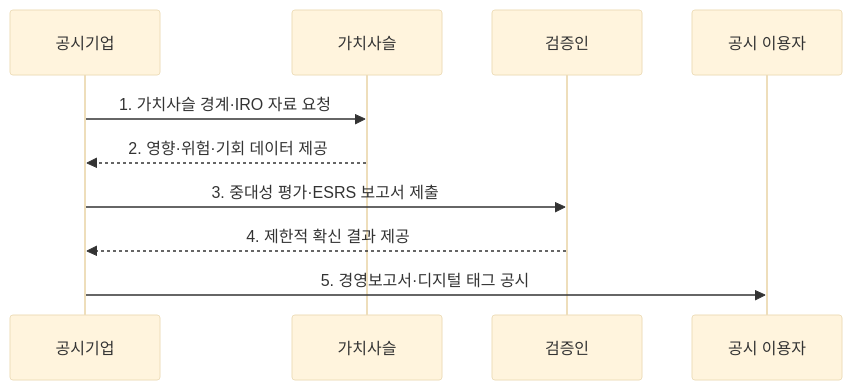
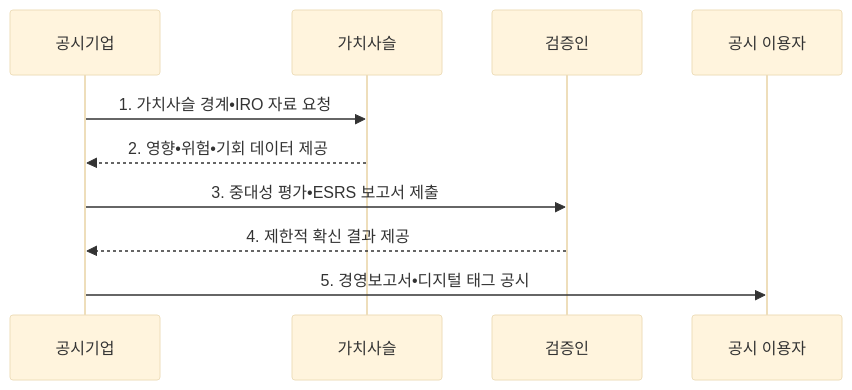
Before and after one commit to agnusdei1207/knowledge-base: the second of 2 diagrams in src/content/docs/notes/07-law-policy/036_eu_csrd.md, drawn with Mermaid (base theme). The commit also changed other lines of this file and 953 other files, not shown here.

````diff
--- a/src/content/docs/notes/07-law-policy/036_eu_csrd.md
+++ b/src/content/docs/notes/07-law-policy/036_eu_csrd.md
@@ -103,12 +103,12 @@
 ```mermaid
 sequenceDiagram
     participant E as 공시기업
     participant V as 가치사슬
     participant A as 검증인
     participant U as 공시 이용자
-    E->>V: 1. 가치사슬 경계·IRO 자료 요청
-    V-->>E: 2. 영향·위험·기회 데이터 제공
-    E->>A: 3. 중대성 평가·ESRS 보고서 제출
+    E->>V: 1. 가치사슬 경계•IRO 자료 요청
+    V-->>E: 2. 영향•위험•기회 데이터 제공
+    E->>A: 3. 중대성 평가•ESRS 보고서 제출
     A-->>E: 4. 제한적 확신 결과 제공
-    E->>U: 5. 경영보고서·디지털 태그 공시
+    E->>U: 5. 경영보고서•디지털 태그 공시
 ```
````
